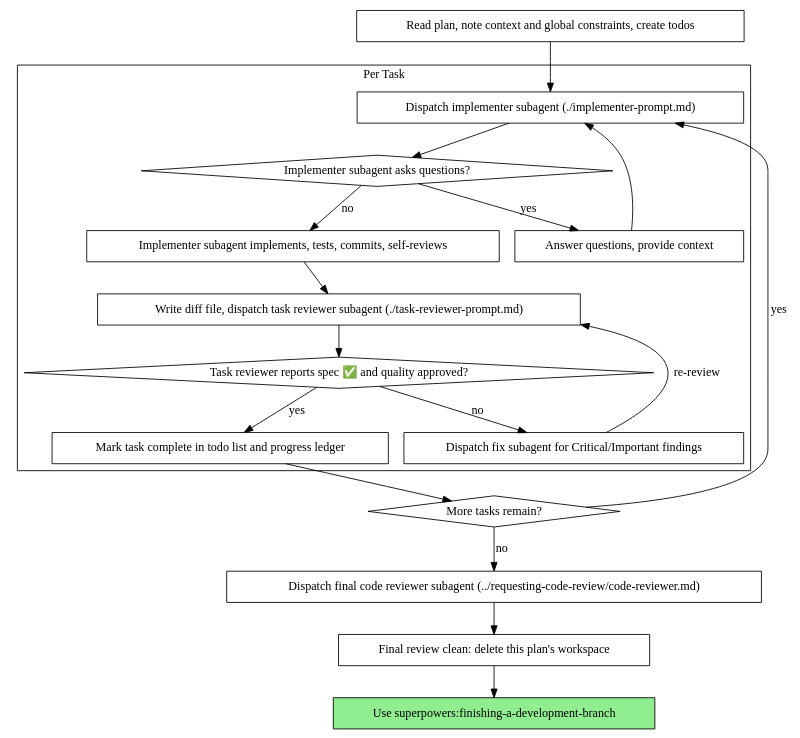
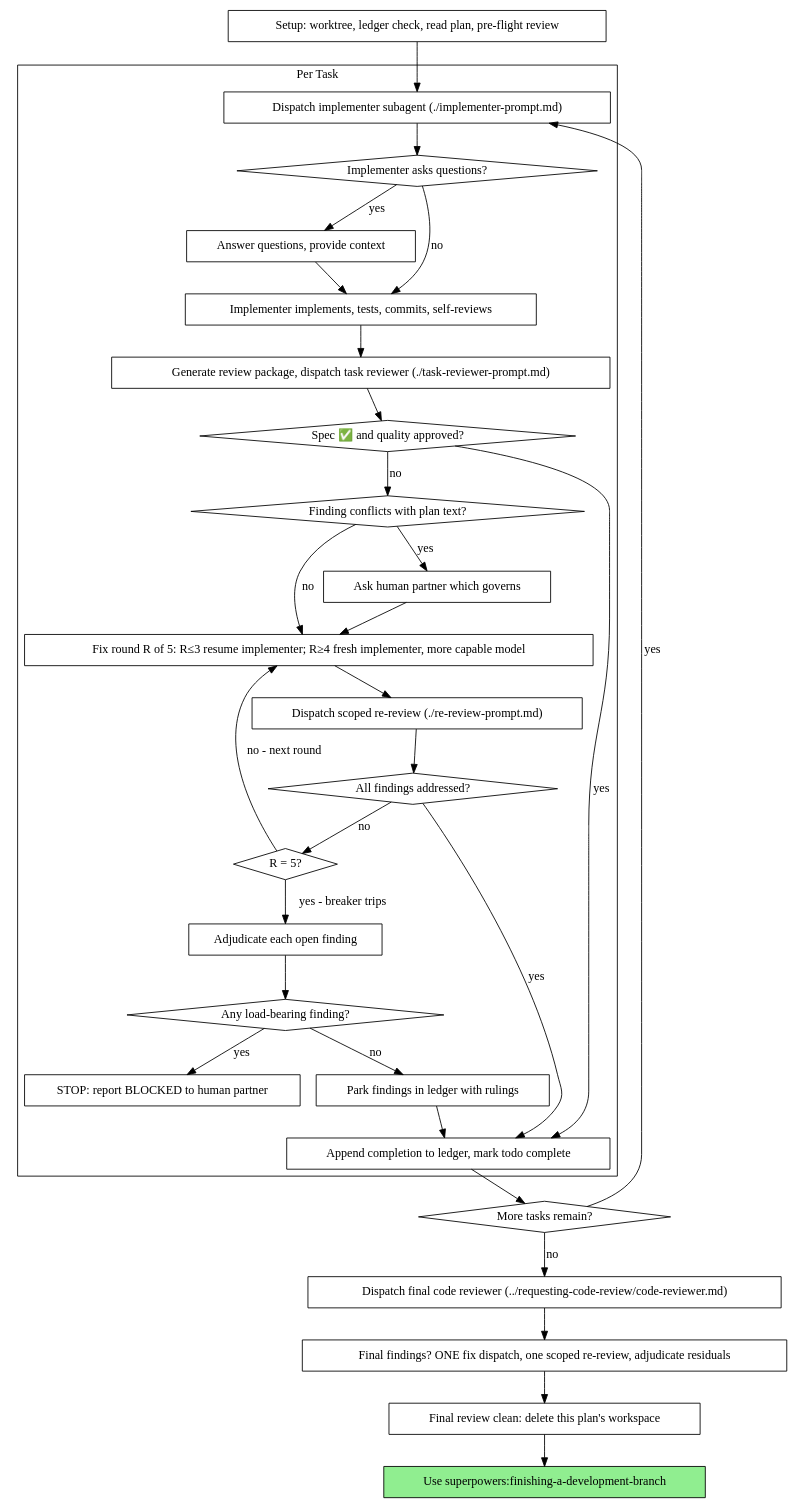
One commit to pickleshell/next-level-agent changed the second of 2 diagrams in skills/subagent-driven-development/SKILL.md. Above: the diagram before and after it, drawn with Graphviz. The commit also changed other lines of this file and 1 other file, not shown here.

Commit message:
feat(sdd): lifecycle restructure with resume-based fix loop, five-round breaker, and rationalization table

````diff
--- a/skills/subagent-driven-development/SKILL.md
+++ b/skills/subagent-driven-development/SKILL.md
@@ -47,39 +47,62 @@
 ```dot
 digraph process {
     rankdir=TB;
 
     subgraph cluster_per_task {
         label="Per Task";
         "Dispatch implementer subagent (./implementer-prompt.md)" [shape=box];
-        "Implementer subagent asks questions?" [shape=diamond];
+        "Implementer asks questions?" [shape=diamond];
         "Answer questions, provide context" [shape=box];
-        "Implementer subagent implements, tests, commits, self-reviews" [shape=box];
-        "Write diff file, dispatch task reviewer subagent (./task-reviewer-prompt.md)" [shape=box];
-        "Task reviewer reports spec ✅ and quality approved?" [shape=diamond];
-        "Dispatch fix subagent for Critical/Important findings" [shape=box];
-        "Mark task complete in todo list and progress ledger" [shape=box];
+        "Implementer implements, tests, commits, self-reviews" [shape=box];
+        "Generate review package, dispatch task reviewer (./task-reviewer-prompt.md)" [shape=box];
+        "Spec ✅ and quality approved?" [shape=diamond];
+        "Finding conflicts with plan text?" [shape=diamond];
+        "Ask human partner which governs" [shape=box];
+        "Fix round R of 5: R≤3 resume implementer; R≥4 fresh implementer, more capable model" [shape=box];
+        "Dispatch scoped re-review (./re-review-prompt.md)" [shape=box];
+        "All findings addressed?" [shape=diamond];
+        "R = 5?" [shape=diamond];
+        "Adjudicate each open finding" [shape=box];
+        "Any load-bearing finding?" [shape=diamond];
+        "STOP: report BLOCKED to human partner" [shape=box];
+        "Park findings in ledger with rulings" [shape=box];
+        "Append completion to ledger, mark todo complete" [shape=box];
     }
 
-    "Read plan, note context and global constraints, create todos" [shape=box];
+    "Setup: worktree, ledger check, read plan, pre-flight review" [shape=box];
     "More tasks remain?" [shape=diamond];
-    "Dispatch final code reviewer subagent (../requesting-code-review/code-reviewer.md)" [shape=box];
+    "Dispatch final code reviewer (../requesting-code-review/code-reviewer.md)" [shape=box];
+    "Final findings? ONE fix dispatch, one scoped re-review, adjudicate residuals" [shape=box];
     "Final review clean: delete this plan's workspace" [shape=box];
     "Use superpowers:finishing-a-development-branch" [shape=box style=filled fillcolor=lightgreen];
 
-    "Read plan, note context and global constraints, create todos" -> "Dispatch implementer subagent (./implementer-prompt.md)";
-    "Dispatch implementer subagent (./implementer-prompt.md)" -> "Implementer subagent asks questions?";
-    "Implementer subagent asks questions?" -> "Answer questions, provide context" [label="yes"];
-    "Answer questions, provide context" -> "Dispatch implementer subagent (./implementer-prompt.md)";
-    "Implementer subagent asks questions?" -> "Implementer subagent implements, tests, commits, self-reviews" [label="no"];
-    "Implementer subagent implements, tests, commits, self-reviews" -> "Write diff file, dispatch task reviewer subagent (./task-reviewer-prompt.md)";
-    "Write diff file, dispatch task reviewer subagent (./task-reviewer-prompt.md)" -> "Task reviewer reports spec ✅ and quality approved?";
-    "Task reviewer reports spec ✅ and quality approved?" -> "Dispatch fix subagent for Critical/Important findings" [label="no"];
-    "Dispatch fix subagent for Critical/Important findings" -> "Write diff file, dispatch task reviewer subagent (./task-reviewer-prompt.md)" [label="re-review"];
-    "Task reviewer reports spec ✅ and quality approved?" -> "Mark task complete in todo list and progress ledger" [label="yes"];
-    "Mark task complete in todo list and progress ledger" -> "More tasks remain?";
+    "Setup: worktree, ledger check, read plan, pre-flight review" -> "Dispatch implementer subagent (./implementer-prompt.md)";
+    "Dispatch implementer subagent (./implementer-prompt.md)" -> "Implementer asks questions?";
+    "Implementer asks questions?" -> "Answer questions, provide context" [label="yes"];
+    "Answer questions, provide context" -> "Implementer implements, tests, commits, self-reviews";
+    "Implementer asks questions?" -> "Implementer implements, tests, commits, self-reviews" [label="no"];
+    "Implementer implements, tests, commits, self-reviews" -> "Generate review package, dispatch task reviewer (./task-reviewer-prompt.md)";
+    "Generate review package, dispatch task reviewer (./task-reviewer-prompt.md)" -> "Spec ✅ and quality approved?";
+    "Spec ✅ and quality approved?" -> "Append completion to ledger, mark todo complete" [label="yes"];
+    "Spec ✅ and quality approved?" -> "Finding conflicts with plan text?" [label="no"];
+    "Finding conflicts with plan text?" -> "Ask human partner which governs" [label="yes"];
+    "Ask human partner which governs" -> "Fix round R of 5: R≤3 resume implementer; R≥4 fresh implementer, more capable model";
+    "Finding conflicts with plan text?" -> "Fix round R of 5: R≤3 resume implementer; R≥4 fresh implementer, more capable model" [label="no"];
+    "Fix round R of 5: R≤3 resume implementer; R≥4 fresh implementer, more capable model" -> "Dispatch scoped re-review (./re-review-prompt.md)";
+    "Dispatch scoped re-review (./re-review-prompt.md)" -> "All findings addressed?";
+    "All findings addressed?" -> "Append completion to ledger, mark todo complete" [label="yes"];
+    "All findings addressed?" -> "R = 5?" [label="no"];
+    "R = 5?" -> "Fix round R of 5: R≤3 resume implementer; R≥4 fresh implementer, more capable model" [label="no - next round"];
+    "R = 5?" -> "Adjudicate each open finding" [label="yes - breaker trips"];
+    "Adjudicate each open finding" -> "Any load-bearing finding?";
+    "Any load-bearing finding?" -> "STOP: report BLOCKED to human partner" [label="yes"];
+    "Any load-bearing finding?" -> "Park findings in ledger with rulings" [label="no"];
+    "Park findings in ledger with rulings" -> "Append completion to ledger, mark todo complete";
+    "Append completion to ledger, mark todo complete" -> "More tasks remain?";
     "More tasks remain?" -> "Dispatch implementer subagent (./implementer-prompt.md)" [label="yes"];
-    "More tasks remain?" -> "Dispatch final code reviewer subagent (../requesting-code-review/code-reviewer.md)" [label="no"];
-    "Dispatch final code reviewer subagent (../requesting-code-review/code-reviewer.md)" -> "Final review clean: delete this plan's workspace";
+    "More tasks remain?" -> "Dispatch final code reviewer (../requesting-code-review/code-reviewer.md)" [label="no"];
+    "Dispatch final code reviewer (../requesting-code-review/code-reviewer.md)" -> "Final findings? ONE fix dispatch, one scoped re-review, adjudicate residuals";
+    "Final findings? ONE fix dispatch, one scoped re-review, adjudicate residuals" -> "Final review clean: delete this plan's workspace";
     "Final review clean: delete this plan's workspace" -> "Use superpowers:finishing-a-development-branch";
 }
 ```
````
